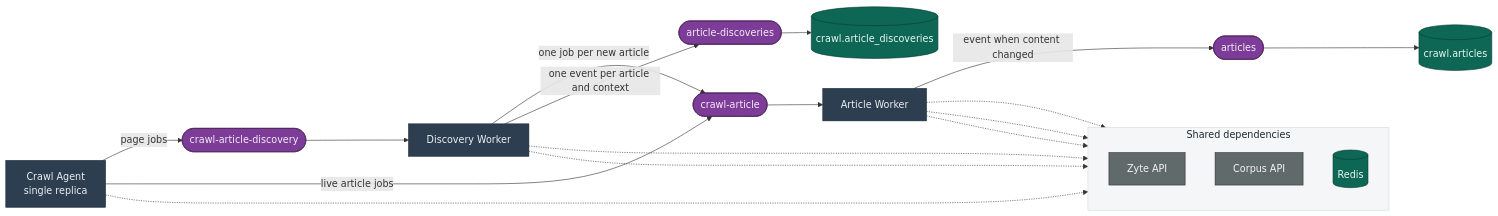
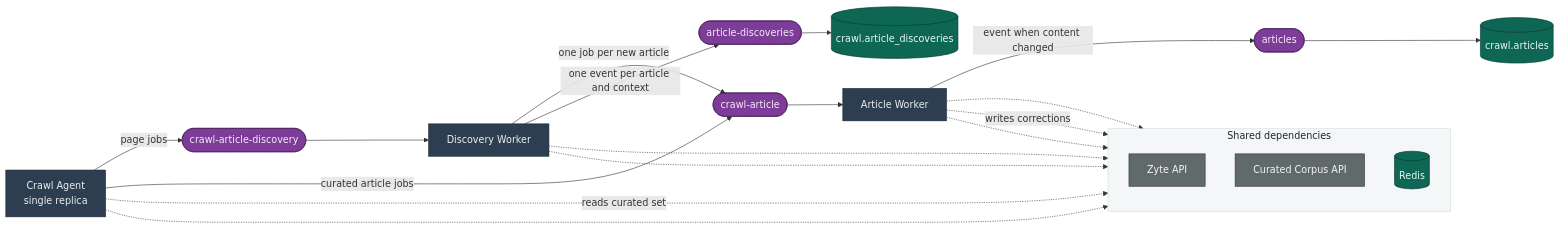
The second of 5 diagrams in docs/ARCHITECTURE.md (mozilla/hnt-content), drawn with Mermaid before and after one commit. The commit also changed other lines of this file, not shown here.

Commit message:
docs(HNT-2086): refine diagrams and prose from review feedback

````diff
--- a/docs/ARCHITECTURE.md
+++ b/docs/ARCHITECTURE.md
@@ -71,40 +69,41 @@
 ```mermaid
 flowchart LR
     agent["Crawl Agent<br/>single replica"]:::service
     qDisc(["crawl-article-discovery"]):::messaging
     disc["Discovery Worker"]:::service
     qArt(["crawl-article"]):::messaging
     art["Article Worker"]:::service
     tDisc(["article-discoveries"]):::messaging
     bqDisc[("crawl.article_discoveries")]:::store
     tArt(["articles"]):::messaging
     bqArt[("crawl.articles")]:::store
 
     subgraph deps["Shared dependencies"]
         direction TB
         zyte["Zyte API"]:::external
-        corpus["Corpus API"]:::external
+        corpus["Curated Corpus API"]:::external
         redis[("Redis")]:::store
     end
 
     agent -->|page jobs| qDisc
-    agent -->|live article jobs| qArt
+    agent -->|curated article jobs| qArt
     qDisc --> disc
     disc -->|one job per new article| qArt
     qArt --> art
     disc -->|one event per article and context| tDisc --> bqDisc
     art -->|event when content changed| tArt --> bqArt
 
     disc -.-> zyte
     art -.-> zyte
-    art -.-> corpus
+    agent -.->|reads curated set| corpus
+    art -.->|writes corrections| corpus
     agent -.-> redis
     disc -.-> redis
     art -.-> redis
 
     classDef service fill:#2c3e50,stroke:#1a252f,color:#ecf0f1,stroke-width:1px
     classDef messaging fill:#7d3c98,stroke:#4a235a,color:#f4ecf7,stroke-width:1px
     classDef store fill:#0e6655,stroke:#073b31,color:#e8f8f5,stroke-width:1px
     classDef external fill:#616a6b,stroke:#2c3232,color:#f2f4f4,stroke-width:1px
     style deps fill:#f4f6f7,stroke:#d5dbdb,color:#1b2631
 ```
````
